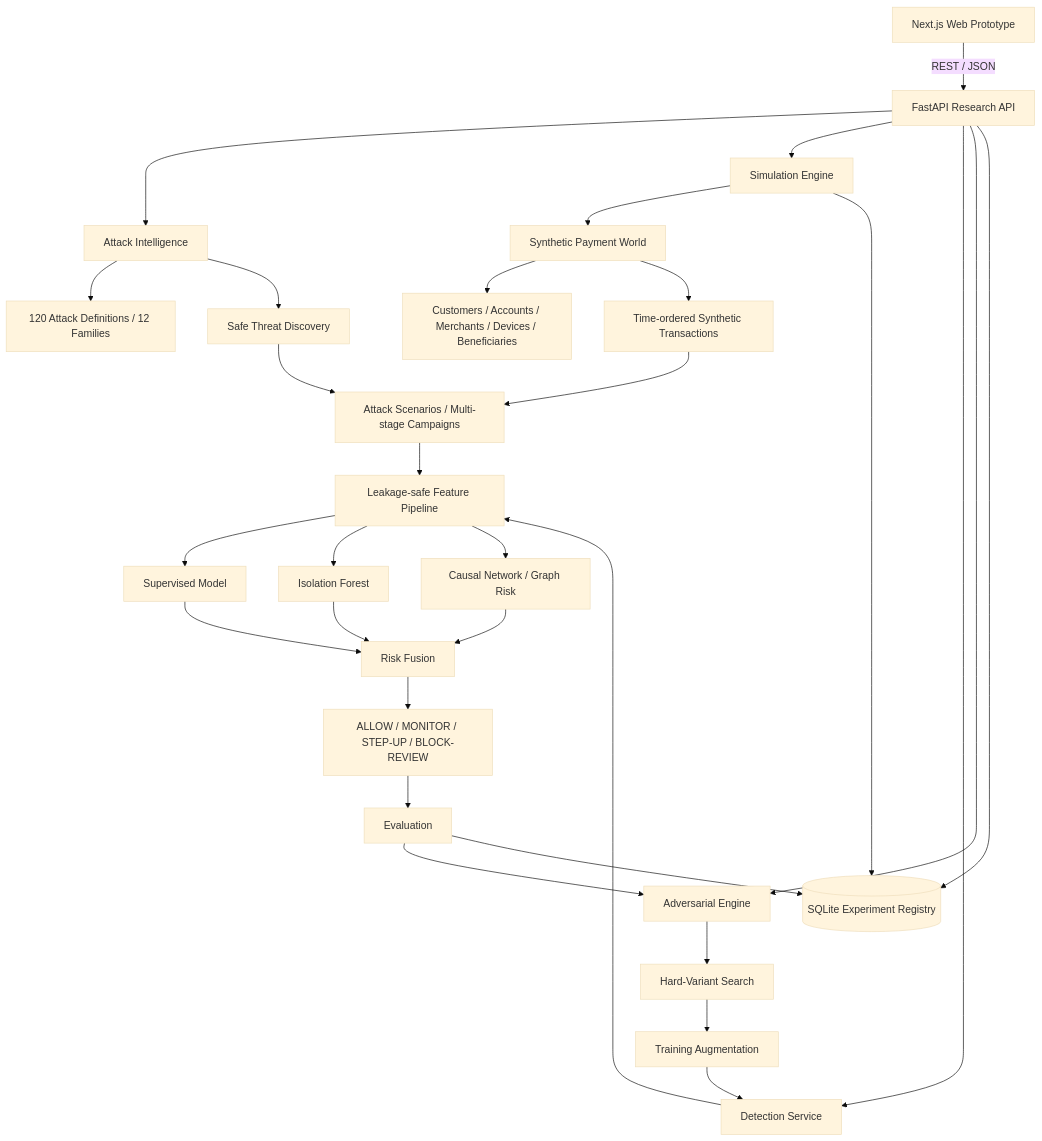
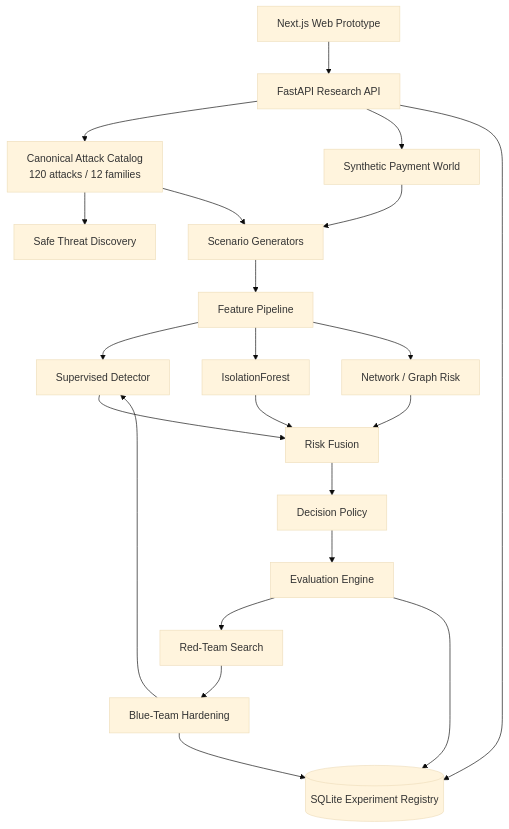
The diagram in docs/ARCHITECTURE.md (akashrajeev/MasterShield), drawn with Mermaid (base theme) before and after one commit. The commit also changed other lines of this file, not shown here.

Commit message:
docs: remove legacy attack source references

````diff
--- a/docs/ARCHITECTURE.md
+++ b/docs/ARCHITECTURE.md
@@ -13,41 +13,41 @@
 ```mermaid
 flowchart TD
     UI[Next.js Web Prototype]
     API[FastAPI Research API]
+    CAT[Canonical Attack Catalog\n120 attacks / 12 families]
+    DISC[Safe Threat Discovery]
+    WORLD[Synthetic Payment World]
+    GEN[Scenario Generators]
+    FEAT[Feature Pipeline]
+    MODEL[Supervised Detector]
+    ANOM[IsolationForest]
+    GRAPH[Network / Graph Risk]
+    FUSE[Risk Fusion]
+    DEC[Decision Policy]
+    EVAL[Evaluation Engine]
+    ADV[Red-Team Search]
+    HARD[Blue-Team Hardening]
+    DB[(SQLite Experiment Registry)]
 
-    UI -->|REST / JSON| API
-
-    API --> CAT[Attack Intelligence]
-    API --> SIM[Simulation Engine]
-    API --> DET[Detection Service]
-    API --> ADV[Adversarial Engine]
-    API --> DB[(SQLite Experiment Registry)]
-
-    CAT --> ATT[120 Attack Definitions / 12 Families]
-    CAT --> DISC[Safe Threat Discovery]
-
-    SIM --> WORLD[Synthetic Payment World]
-    WORLD --> ENT[Customers / Accounts / Merchants / Devices / Beneficiaries]
-    WORLD --> TXN[Time-ordered Synthetic Transactions]
-    TXN --> SCN[Attack Scenarios / Multi-stage Campaigns]
-    SCN --> FEAT[Leakage-safe Feature Pipeline]
-
-    FEAT --> TAB[Supervised Model]
-    FEAT --> ANOM[Isolation Forest]
-    FEAT --> GRAPH[Causal Network / Graph Risk]
-    TAB --> FUSE[Risk Fusion]
+    UI --> API
+    API --> CAT
+    CAT --> DISC
+    CAT --> GEN
+    API --> WORLD
+    WORLD --> GEN
+    GEN --> FEAT
+    FEAT --> MODEL
+    FEAT --> ANOM
+    FEAT --> GRAPH
+    MODEL --> FUSE
     ANOM --> FUSE
     GRAPH --> FUSE
-    FUSE --> DEC[ALLOW / MONITOR / STEP-UP / BLOCK-REVIEW]
-
-    DET --> FEAT
-    ADV --> SEARCH[Hard-Variant Search]
-    SEARCH --> HARD[Training Augmentation]
-    HARD --> DET
-    DEC --> EVAL[Evaluation]
+    FUSE --> DEC
+    DEC --> EVAL
     EVAL --> ADV
+    ADV --> HARD
+    HARD --> MODEL
+    API --> DB
     EVAL --> DB
-    SIM --> DB
-
-    DISC --> SCN
+    HARD --> DB
 ```
````
